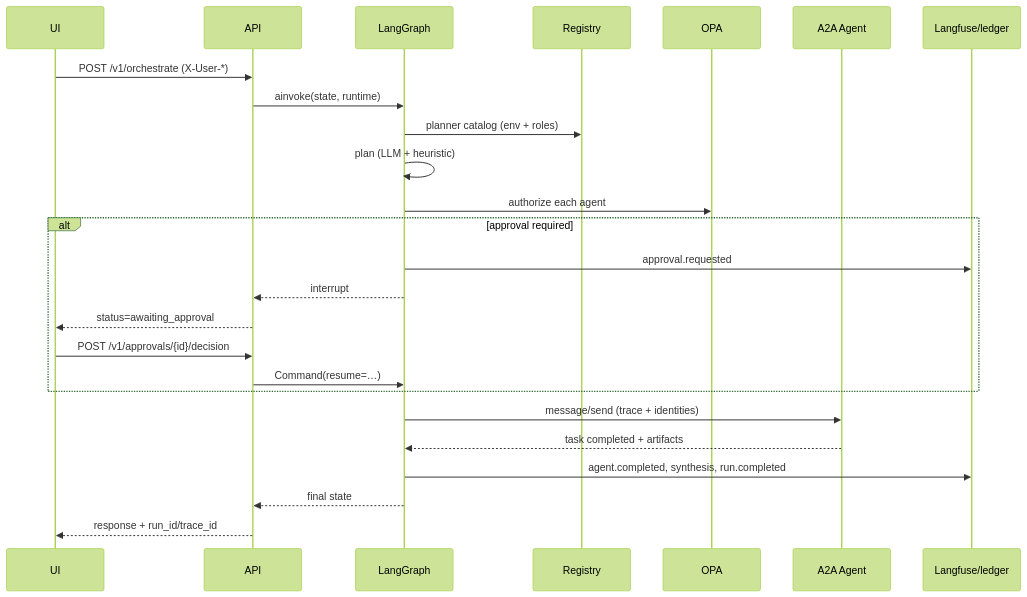
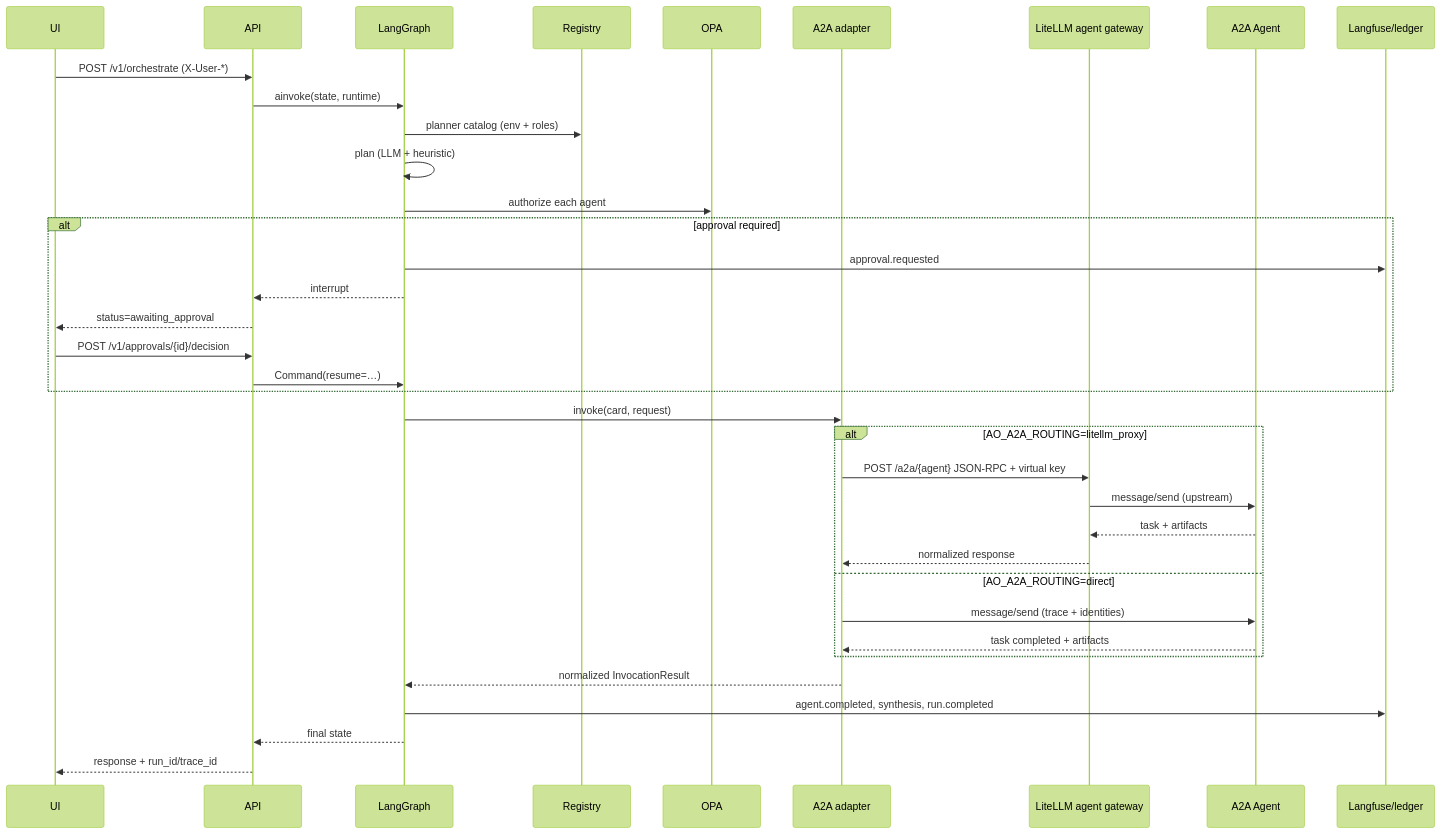
Before and after one commit to ranganadh8599/Alstom_AO: the diagram in docs/architecture.md, drawn with Mermaid (forest theme). The commit also changed 1 other file, not shown here.

Commit message:
docs: correct architecture diagrams for A2A routing
The README flowchart implied `direct` mode only reached the Finance agent and
left the LLM gateway dangling as an unlabelled edge. Both routing modes now fan
out to the full registered agent set, and the LLM gateway is attributed to the
plan/synthesize nodes that actually use it.

The architecture sequence diagram now shows the A2A adapter plus the
litellm_proxy/direct branch, so the gateway hop appears where it happens.

All four Mermaid blocks validated with mermaid.parse and rendered locally.

````diff
--- a/docs/architecture.md
+++ b/docs/architecture.md
@@ -20,28 +20,39 @@
 ```mermaid
 sequenceDiagram
     participant UI
     participant API
     participant G as LangGraph
     participant R as Registry
     participant O as OPA
+    participant X as A2A adapter
+    participant W as LiteLLM agent gateway
     participant A as A2A Agent
     participant L as Langfuse/ledger
 
     UI->>API: POST /v1/orchestrate (X-User-*)
     API->>G: ainvoke(state, runtime)
     G->>R: planner catalog (env + roles)
     G->>G: plan (LLM + heuristic)
     G->>O: authorize each agent
     alt approval required
         G->>L: approval.requested
         G-->>API: interrupt
         API-->>UI: status=awaiting_approval
         UI->>API: POST /v1/approvals/{id}/decision
         API->>G: Command(resume=…)
     end
-    G->>A: message/send (trace + identities)
-    A-->>G: task completed + artifacts
+    G->>X: invoke(card, request)
+    alt AO_A2A_ROUTING=litellm_proxy
+        X->>W: POST /a2a/{agent} JSON-RPC + virtual key
+        W->>A: message/send (upstream)
+        A-->>W: task + artifacts
+        W-->>X: normalized response
+    else AO_A2A_ROUTING=direct
+        X->>A: message/send (trace + identities)
+        A-->>X: task completed + artifacts
+    end
+    X-->>G: normalized InvocationResult
     G->>L: agent.completed, synthesis, run.completed
     G-->>API: final state
     API-->>UI: response + run_id/trace_id
 ```
````
